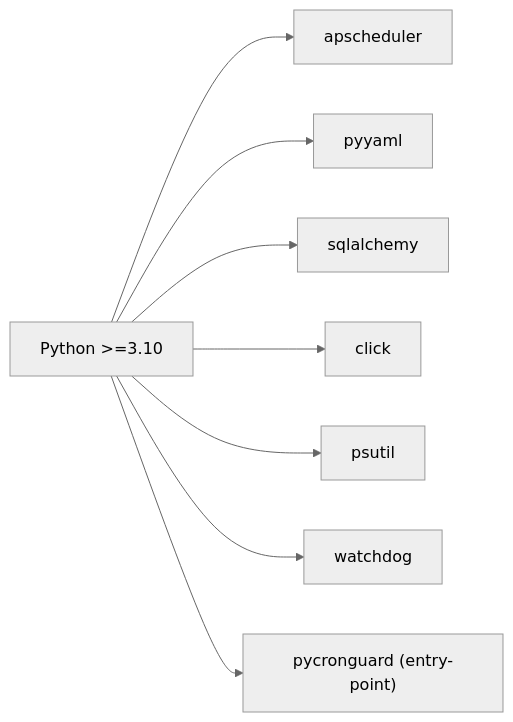
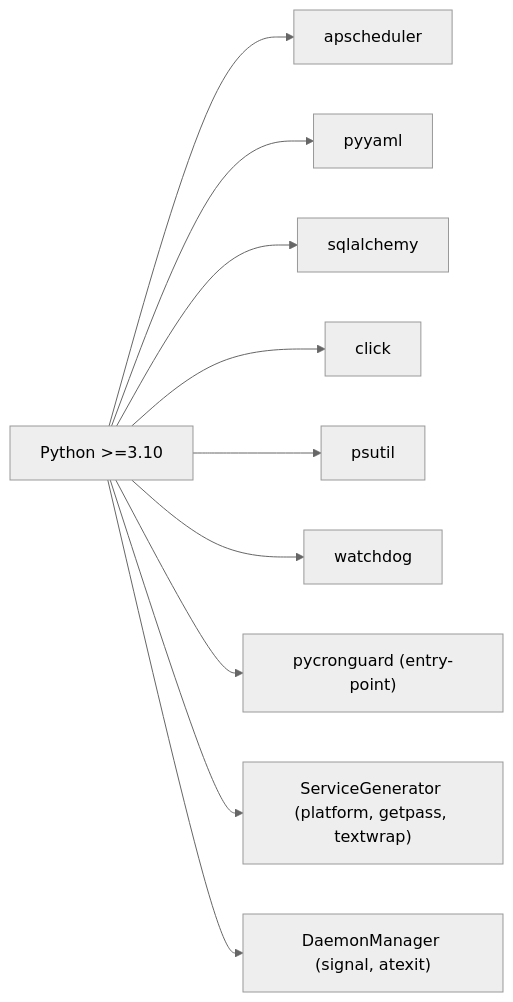
Before and after one commit to eden2f/cron-copilot: the ninth of 9 diagrams in .qoder/repowiki/zh/content/部署指南.md, drawn with Mermaid (neutral theme). The commit also changed other lines of this file and 21 other files, not shown here.

````diff
--- a/.qoder/repowiki/zh/content/部署指南.md
+++ b/.qoder/repowiki/zh/content/部署指南.md
@@ -278,10 +372,12 @@
 ```mermaid
 graph LR
 P["Python >=3.10"] --> D1["apscheduler"]
 P --> D2["pyyaml"]
 P --> D3["sqlalchemy"]
 P --> D4["click"]
 P --> D5["psutil"]
 P --> D6["watchdog"]
 P --> CLI["pycronguard (entry-point)"]
+P --> SG["ServiceGenerator (platform, getpass, textwrap)"]
+P --> DM["DaemonManager (signal, atexit)"]
 ```
````
